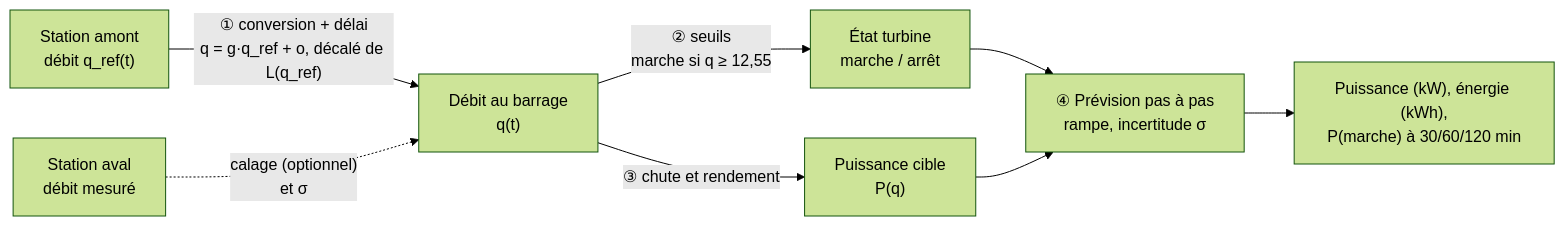
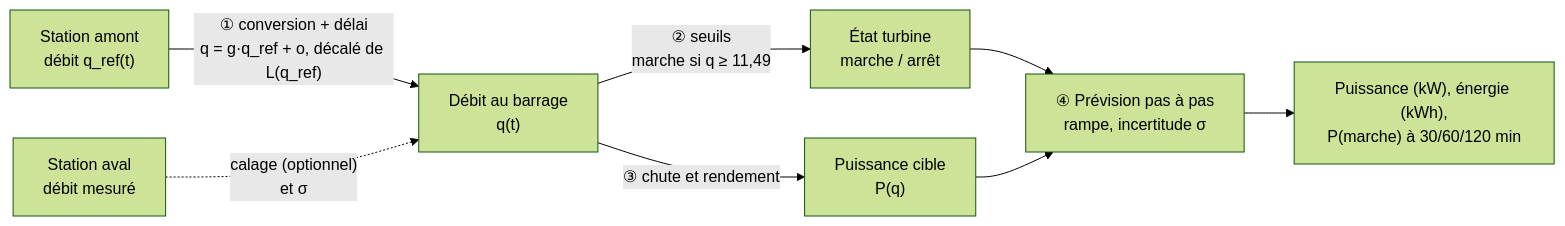
Before and after one commit to luniks/hydroflow: the first of 3 diagrams in docs/modele-turbine.md, drawn with Mermaid (forest theme). The commit also changed other lines of this file and 23 other files, not shown here.

````diff
--- a/docs/modele-turbine.md
+++ b/docs/modele-turbine.md
@@ -15,10 +16,10 @@
 ```mermaid
 flowchart LR
     A["Station amont<br/>débit q_ref(t)"] -->|"① conversion + délai<br/>q = g·q_ref + o, décalé de L(q_ref)"| B["Débit au barrage<br/>q(t)"]
-    B -->|"② seuils<br/>marche si q ≥ 12,55"| C["État turbine<br/>marche / arrêt"]
+    B -->|"② seuils<br/>marche si q ≥ 11,49"| C["État turbine<br/>marche / arrêt"]
     B -->|"③ chute et rendement"| D["Puissance cible<br/>P(q)"]
     C --> E["④ Prévision pas à pas<br/>rampe, incertitude σ"]
     D --> E
     F["Station aval<br/>débit mesuré"] -.->|"calage (optionnel)<br/>et σ"| B
     E --> G["Puissance (kW), énergie (kWh),<br/>P(marche) à 30/60/120 min"]
 ```
````
